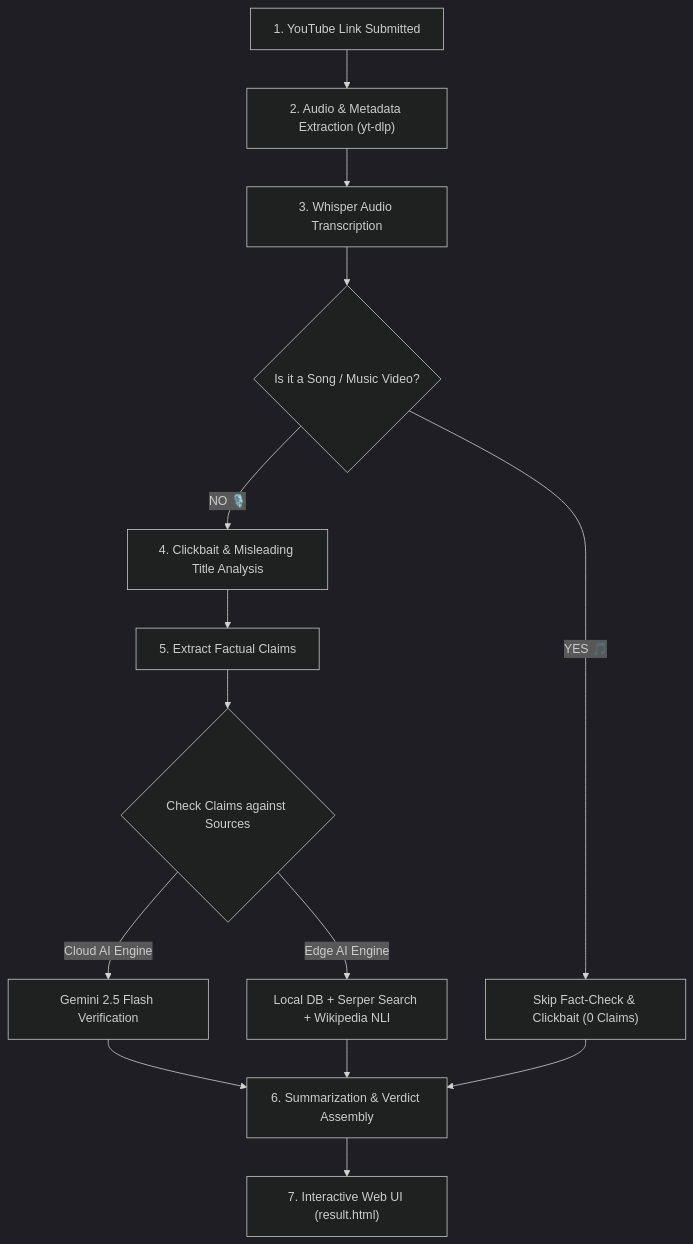
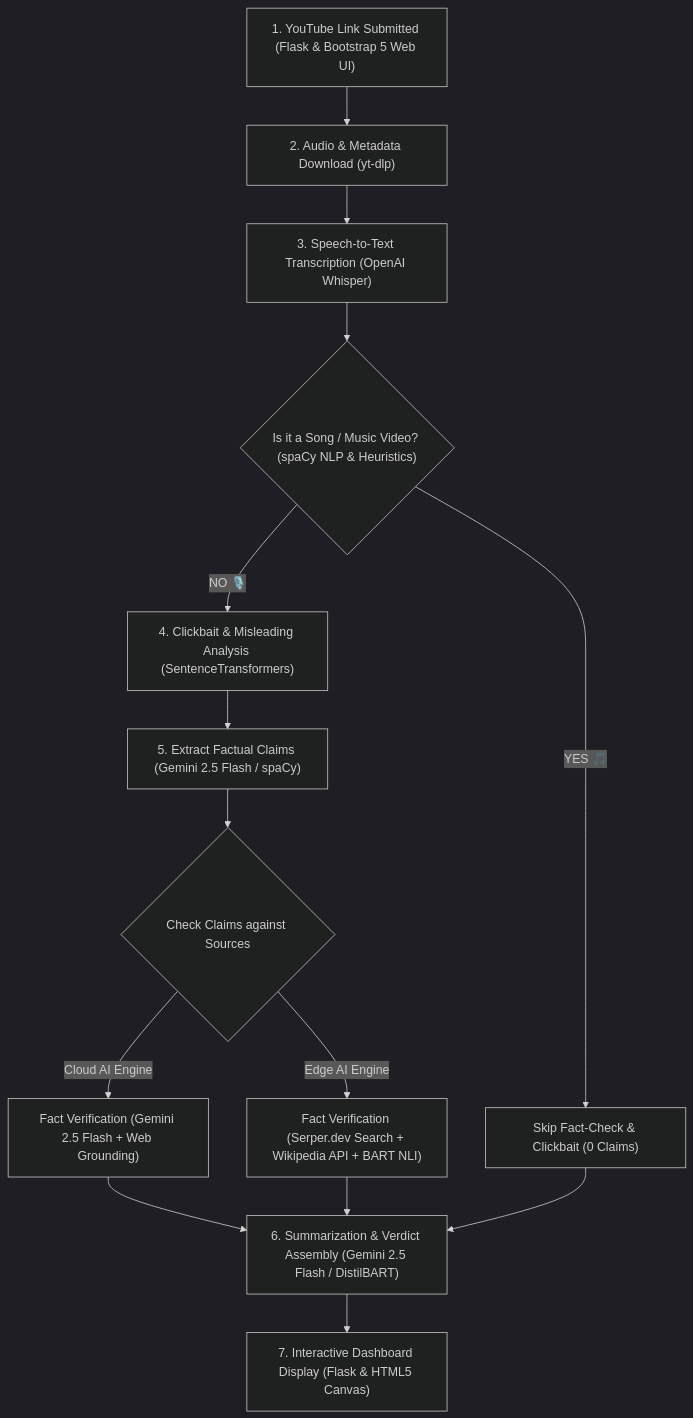
Before and after one commit to notwarrior04/veritube_youtube_checker: the diagram in README.md, drawn with Mermaid (dark theme).

Commit message:
docs: Update Mermaid architecture flowchart with explicit tool/model annotations for every stage

````diff
--- a/README.md
+++ b/README.md
@@ -21,21 +21,21 @@
 ```mermaid
 flowchart TD
-    A["1. YouTube Link Submitted"] --> B["2. Audio & Metadata Extraction (yt-dlp)"]
-    B --> C["3. Whisper Audio Transcription"]
-    C --> D{"Is it a Song / Music Video?"}
+    A["1. YouTube Link Submitted (Flask & Bootstrap 5 Web UI)"] --> B["2. Audio & Metadata Download (yt-dlp)"]
+    B --> C["3. Speech-to-Text Transcription (OpenAI Whisper)"]
+    C --> D{"Is it a Song / Music Video? (spaCy NLP & Heuristics)"}
     
     D -- "YES 🎵" --> E["Skip Fact-Check & Clickbait (0 Claims)"]
-    D -- "NO 🎙️" --> F["4. Clickbait & Misleading Title Analysis"]
+    D -- "NO 🎙️" --> F["4. Clickbait & Misleading Analysis (SentenceTransformers)"]
     
-    F --> G["5. Extract Factual Claims"]
+    F --> G["5. Extract Factual Claims (Gemini 2.5 Flash / spaCy)"]
     G --> H{"Check Claims against Sources"}
     
-    H -- "Cloud AI Engine" --> I["Gemini 2.5 Flash Verification"]
-    H -- "Edge AI Engine" --> J["Local DB + Serper Search + Wikipedia NLI"]
+    H -- "Cloud AI Engine" --> I["Fact Verification (Gemini 2.5 Flash + Web Grounding)"]
+    H -- "Edge AI Engine" --> J["Fact Verification (Serper.dev Search + Wikipedia API + BART NLI)"]
     
-    I --> K["6. Summarization & Verdict Assembly"]
+    I --> K["6. Summarization & Verdict Assembly (Gemini 2.5 Flash / DistilBART)"]
     J --> K
     E --> K
     
-    K --> L["7. Interactive Web UI (result.html)"]
+    K --> L["7. Interactive Dashboard Display (Flask & HTML5 Canvas)"]
 ```
````
